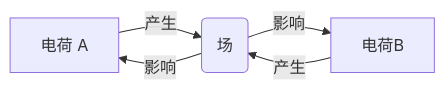
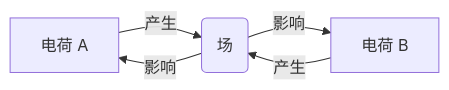
Before and after one commit to leostudiooo/leostudiooo.github.io: the diagram in source/_posts/phys-note-2122-t1w2.md, drawn with Mermaid.

````diff
--- a/source/_posts/phys-note-2122-t1w2.md
+++ b/source/_posts/phys-note-2122-t1w2.md
@@ -67,7 +67,7 @@
 ```mermaid
 graph LR
 A[电荷 A]-->|产生| C(场)
-C-->|影响| B[电荷B]
+C-->|影响| B[电荷 B]
 B-->|产生|C
 C-->|影响|A
 ```
````
